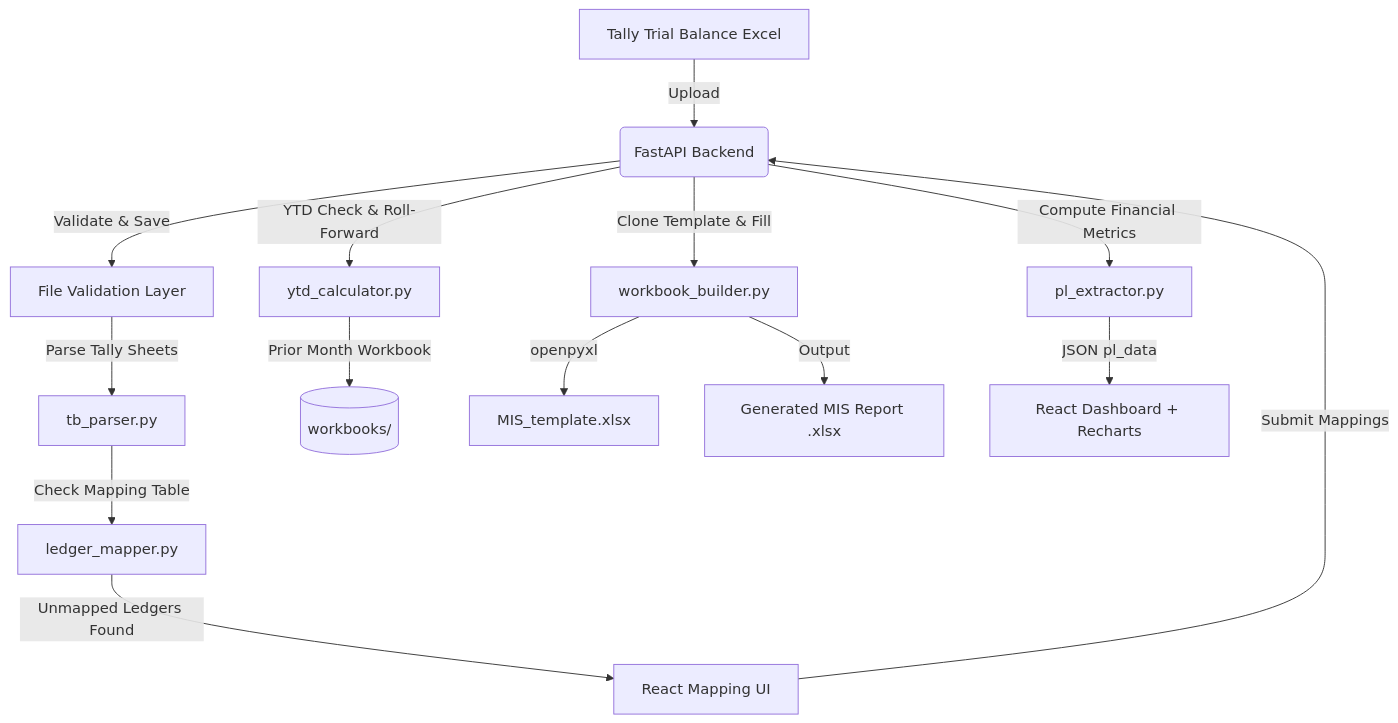
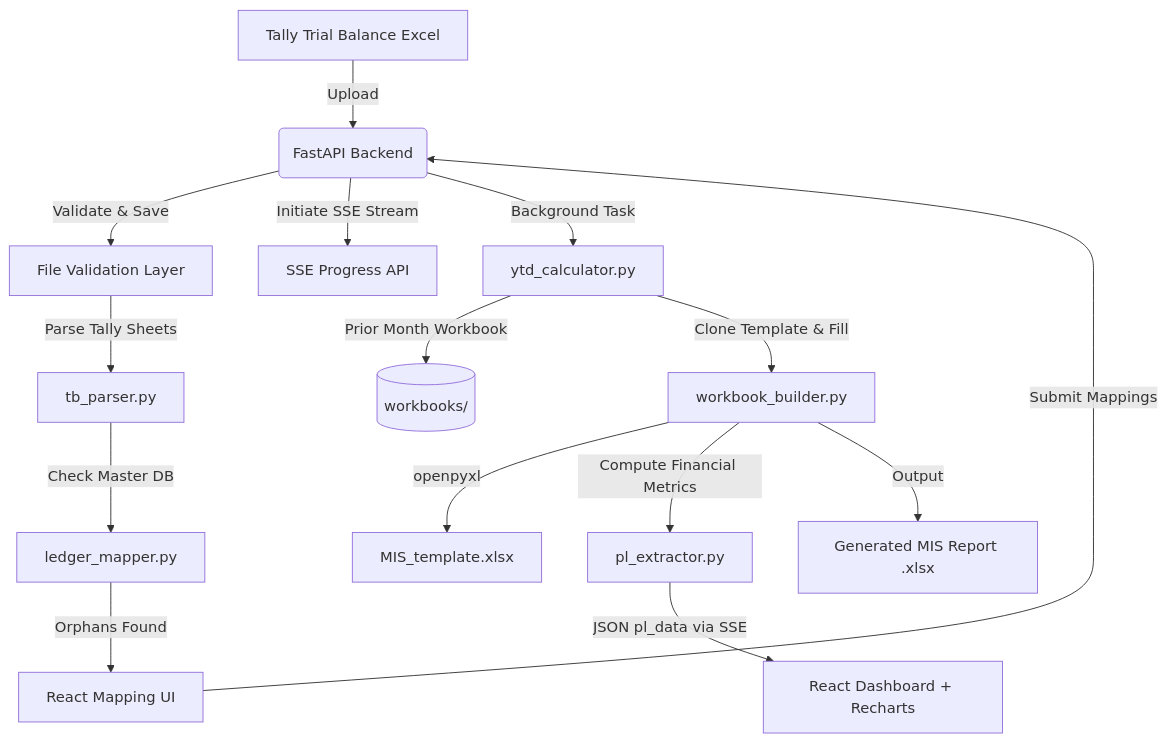
Before and after one commit to Manan1511/Invoice-Dashboard: the diagram in README.md, drawn with Mermaid. The commit also changed other lines of this file, not shown here.

````diff
--- a/README.md
+++ b/README.md
@@ -147,16 +148,17 @@
 ```mermaid
 graph TD
     A[Tally Trial Balance Excel] -->|Upload| B(FastAPI Backend)
     B -->|Validate & Save| V[File Validation Layer]
     V -->|Parse Tally Sheets| C[tb_parser.py]
-    C -->|Check Mapping Table| D[ledger_mapper.py]
-    D -->|Unmapped Ledgers Found| E[React Mapping UI]
+    C -->|Check Master DB| D[ledger_mapper.py]
+    D -->|Orphans Found| E[React Mapping UI]
     E -->|Submit Mappings| B
-    B -->|YTD Check & Roll-Forward| F[ytd_calculator.py]
+    B -->|Initiate SSE Stream| S[SSE Progress API]
+    B -->|Background Task| F[ytd_calculator.py]
     F -->|Prior Month Workbook| G[(workbooks/)]
-    B -->|Clone Template & Fill| H[workbook_builder.py]
+    F -->|Clone Template & Fill| H[workbook_builder.py]
     H -->|openpyxl| I[MIS_template.xlsx]
-    B -->|Compute Financial Metrics| J[pl_extractor.py]
-    J -->|JSON pl_data| K[React Dashboard + Recharts]
+    H -->|Compute Financial Metrics| J[pl_extractor.py]
+    J -->|JSON pl_data via SSE| K[React Dashboard + Recharts]
     H -->|Output| L[Generated MIS Report .xlsx]
 ```
````
